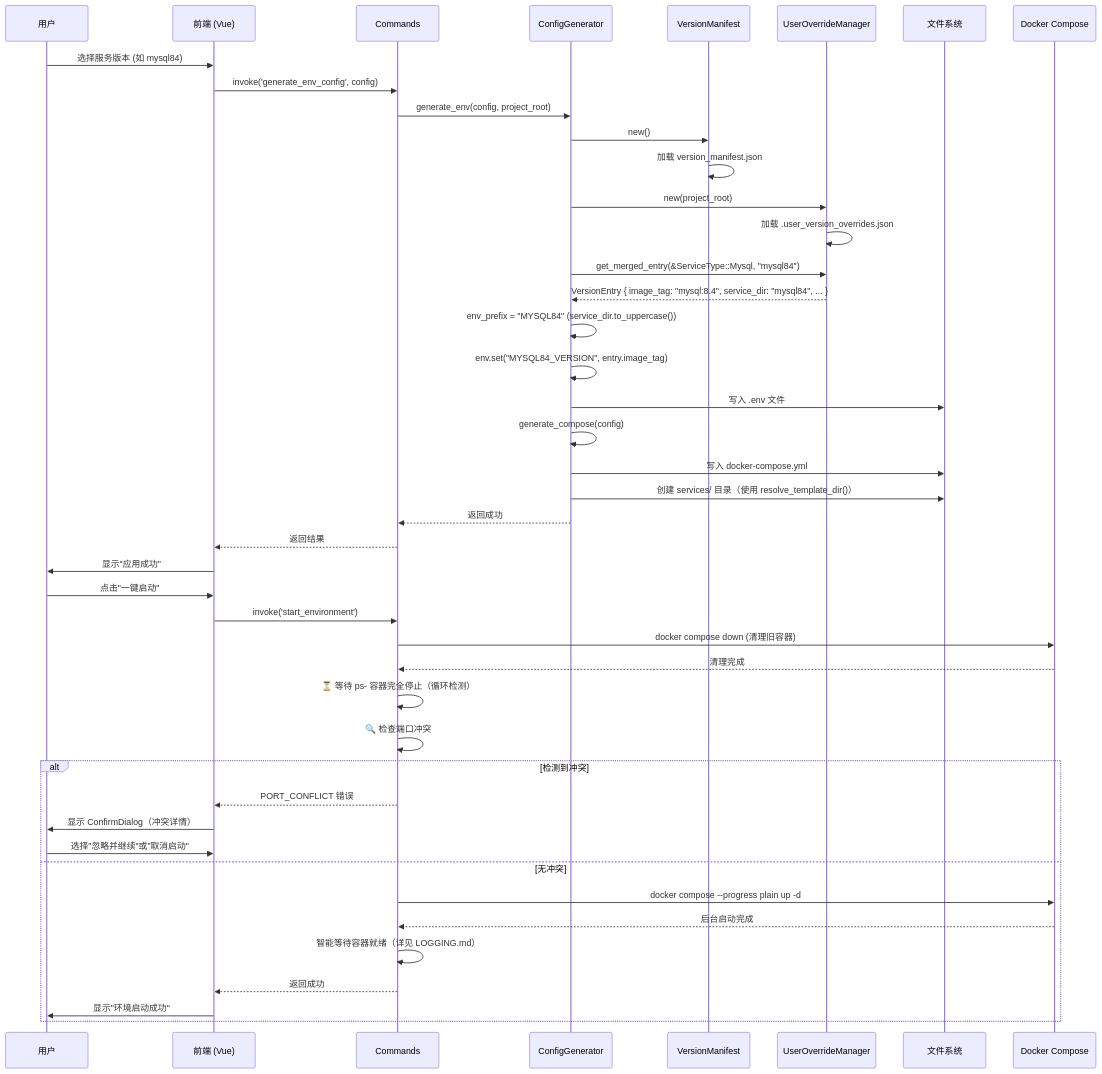
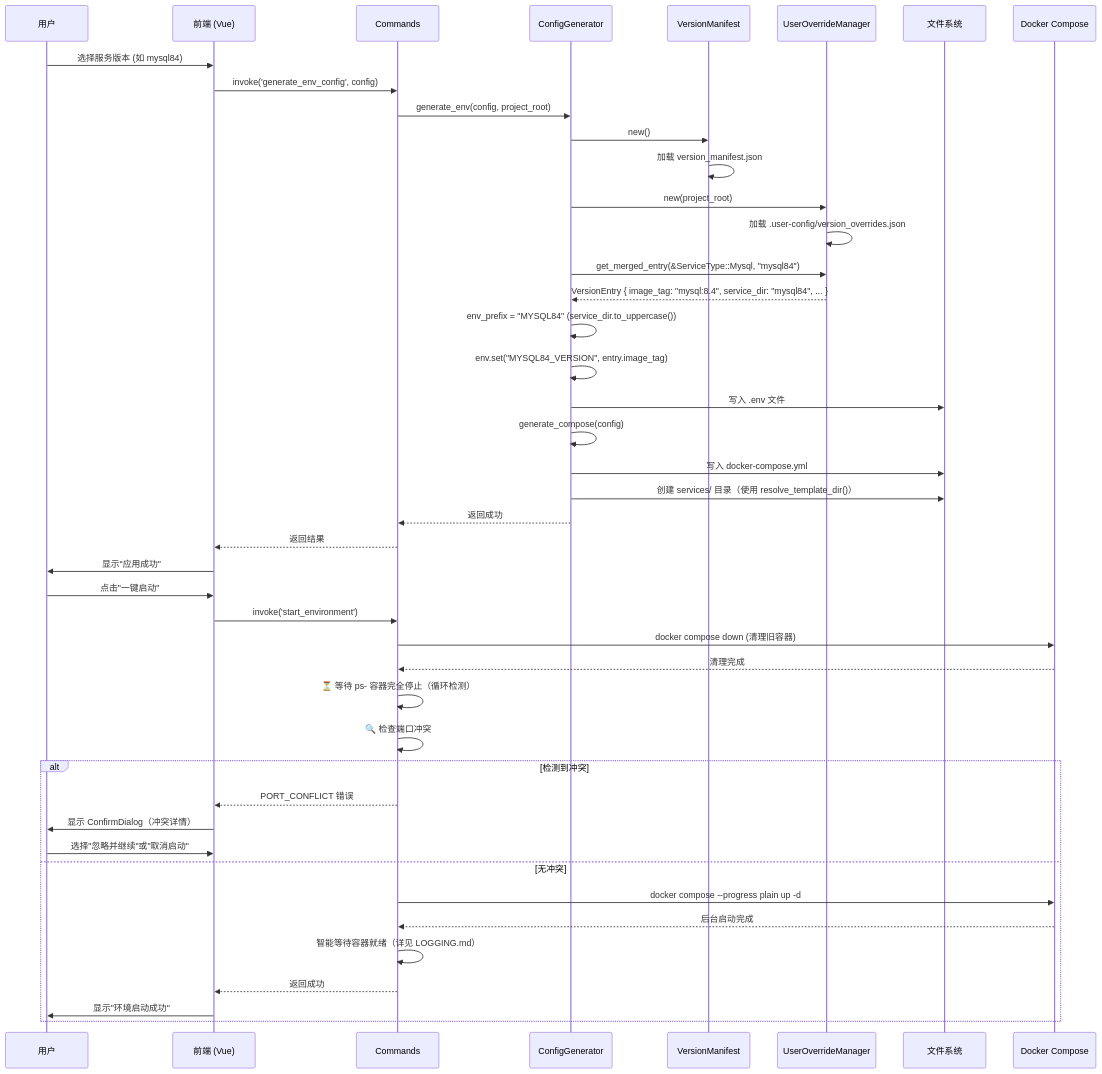
The third of 6 diagrams in docs/architecture/WORKFLOWS.md (jeeinn/php-stack), drawn with Mermaid before and after one commit. The commit also changed other lines of this file and 19 other files, not shown here.

First line of the commit message:
refactor(config): store workspace user files under .user-config

````diff
--- a/docs/architecture/WORKFLOWS.md
+++ b/docs/architecture/WORKFLOWS.md
@@ -120,48 +120,48 @@
 ```mermaid
 sequenceDiagram
     participant U as 用户
     participant FE as 前端 (Vue)
     participant CMD as Commands
     participant CG as ConfigGenerator
     participant VM as VersionManifest
     participant UOM as UserOverrideManager
     participant FS as 文件系统
     participant DC as Docker Compose
 
     U->>FE: 选择服务版本 (如 mysql84)
     FE->>CMD: invoke('generate_env_config', config)
     CMD->>CG: generate_env(config, project_root)
     CG->>VM: new()
     VM->>VM: 加载 version_manifest.json
     CG->>UOM: new(project_root)
-    UOM->>UOM: 加载 .user_version_overrides.json
+    UOM->>UOM: 加载 .user-config/version_overrides.json
     CG->>UOM: get_merged_entry(&ServiceType::Mysql, "mysql84")
     UOM-->>CG: VersionEntry { image_tag: "mysql:8.4", service_dir: "mysql84", ... }
     CG->>CG: env_prefix = "MYSQL84" (service_dir.to_uppercase())
     CG->>CG: env.set("MYSQL84_VERSION", entry.image_tag)
     CG->>FS: 写入 .env 文件
     CG->>CG: generate_compose(config)
     CG->>FS: 写入 docker-compose.yml
     CG->>FS: 创建 services/ 目录（使用 resolve_template_dir()）
     CG-->>CMD: 返回成功
     CMD-->>FE: 返回结果
     FE->>U: 显示"应用成功"
     
     U->>FE: 点击"一键启动"
     FE->>CMD: invoke('start_environment')
     CMD->>DC: docker compose down (清理旧容器)
     DC-->>CMD: 清理完成
     CMD->>CMD: ⏳ 等待 ps- 容器完全停止（循环检测）
     CMD->>CMD: 🔍 检查端口冲突
     alt 检测到冲突
         CMD-->>FE: PORT_CONFLICT 错误
         FE->>U: 显示 ConfirmDialog（冲突详情）
         U->>FE: 选择"忽略并继续"或"取消启动"
     else 无冲突
         CMD->>DC: docker compose --progress plain up -d
         DC-->>CMD: 后台启动完成
         CMD->>CMD: 智能等待容器就绪（详见 LOGGING.md）
         CMD-->>FE: 返回成功
         FE->>U: 显示"环境启动成功"
     end
 ```
````
